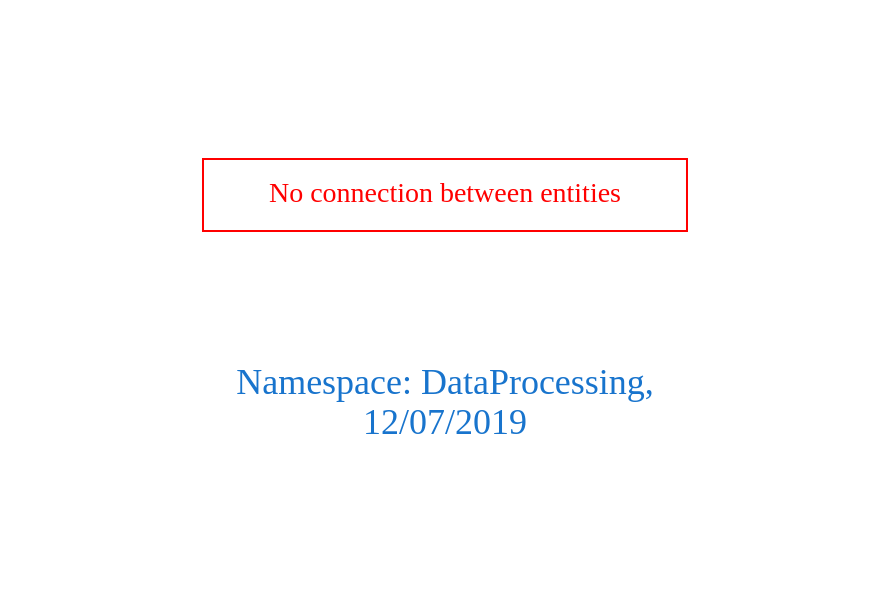
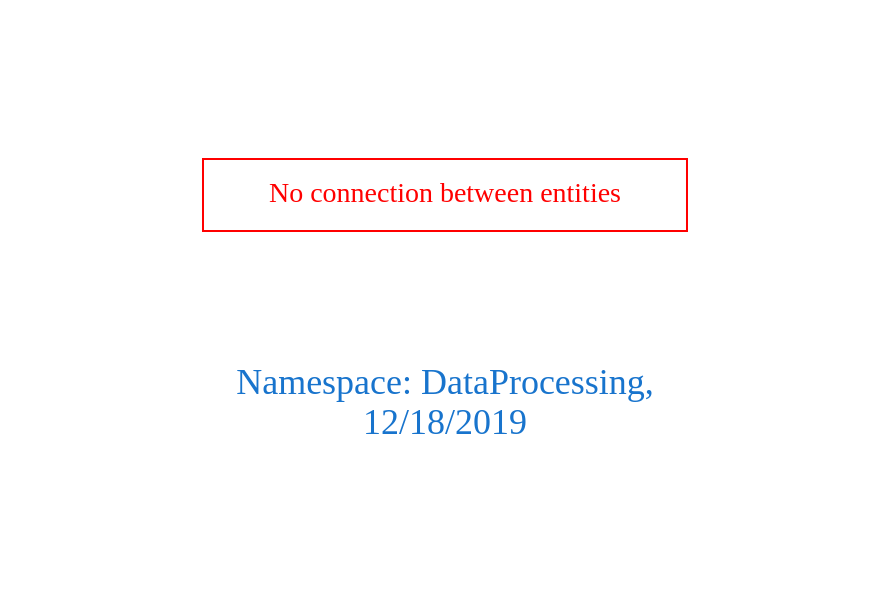
One commit to arago/OGIT changed the diagram in downloads/DataProcessing.dot. Above: the diagram before and after it, drawn with Graphviz. The commit also changed 1649 other files, not shown here.

```diff
--- a/downloads/DataProcessing.dot
+++ b/downloads/DataProcessing.dot
@@ -1,9 +1,9 @@
 digraph OGIT_ontology {
  graph [ rankdir= LR,pad=1 
 fontsize = 18,
-fontcolor= dodgerblue3,label = "\n\n\nNamespace: DataProcessing, \n 12/07/2019"];
+fontcolor= dodgerblue3,label = "\n\n\nNamespace: DataProcessing, \n 12/18/2019"];
 node[shape=polygon];
 edge [  color="gray81"];
 
 "No connection between entities" [fontcolor = "red",color="red", shape="polygon"]
 }
```
